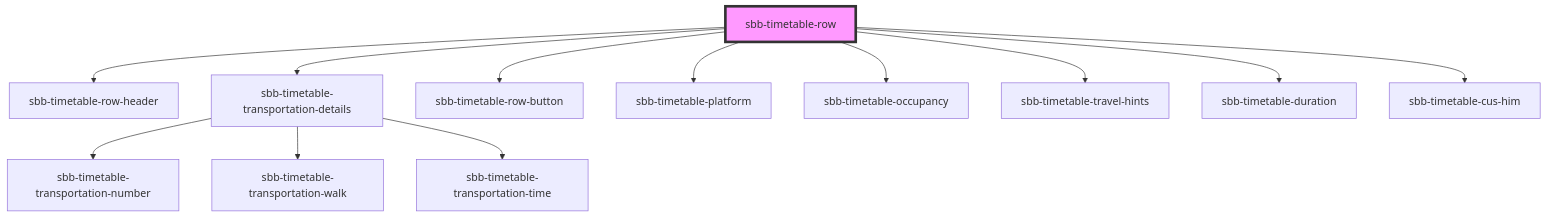
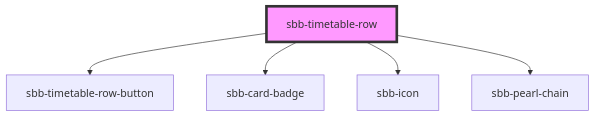
One commit to sbb-design-systems/lyne-components changed the diagram in src/components/sbb-timetable-row/readme.md. Above: the diagram before and after it, drawn with Mermaid. The commit also changed other lines of this file and 12 other files, not shown here.

````diff
--- a/src/components/sbb-timetable-row/readme.md
+++ b/src/components/sbb-timetable-row/readme.md
@@ -23,15 +25,8 @@
 ```mermaid
 graph TD;
-  sbb-timetable-row --> sbb-timetable-row-header
-  sbb-timetable-row --> sbb-timetable-transportation-details
   sbb-timetable-row --> sbb-timetable-row-button
-  sbb-timetable-row --> sbb-timetable-platform
-  sbb-timetable-row --> sbb-timetable-occupancy
-  sbb-timetable-row --> sbb-timetable-travel-hints
-  sbb-timetable-row --> sbb-timetable-duration
-  sbb-timetable-row --> sbb-timetable-cus-him
-  sbb-timetable-transportation-details --> sbb-timetable-transportation-number
-  sbb-timetable-transportation-details --> sbb-timetable-transportation-walk
-  sbb-timetable-transportation-details --> sbb-timetable-transportation-time
+  sbb-timetable-row --> sbb-card-badge
+  sbb-timetable-row --> sbb-icon
+  sbb-timetable-row --> sbb-pearl-chain
   style sbb-timetable-row fill:#f9f,stroke:#333,stroke-width:4px
 ```
````
